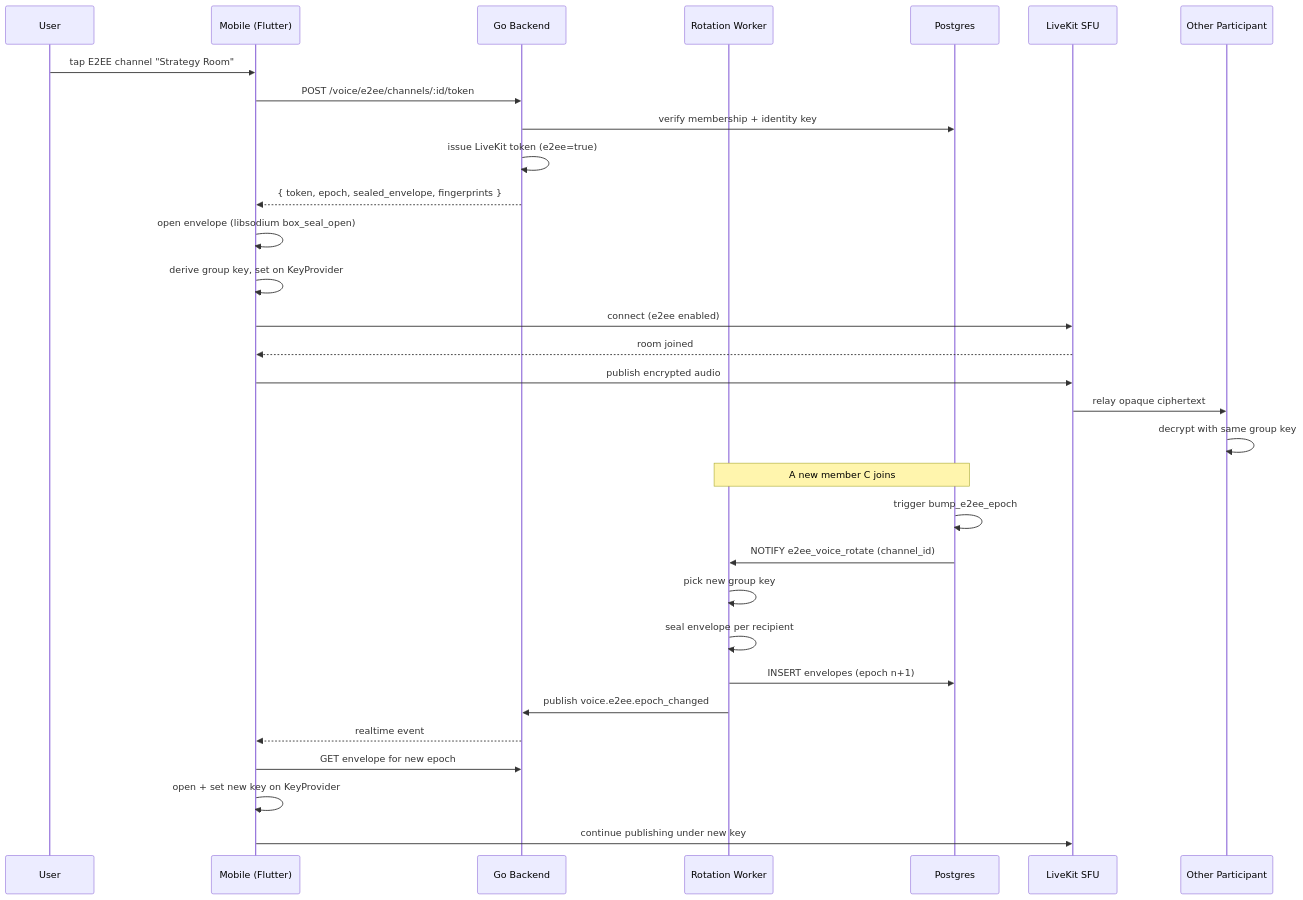
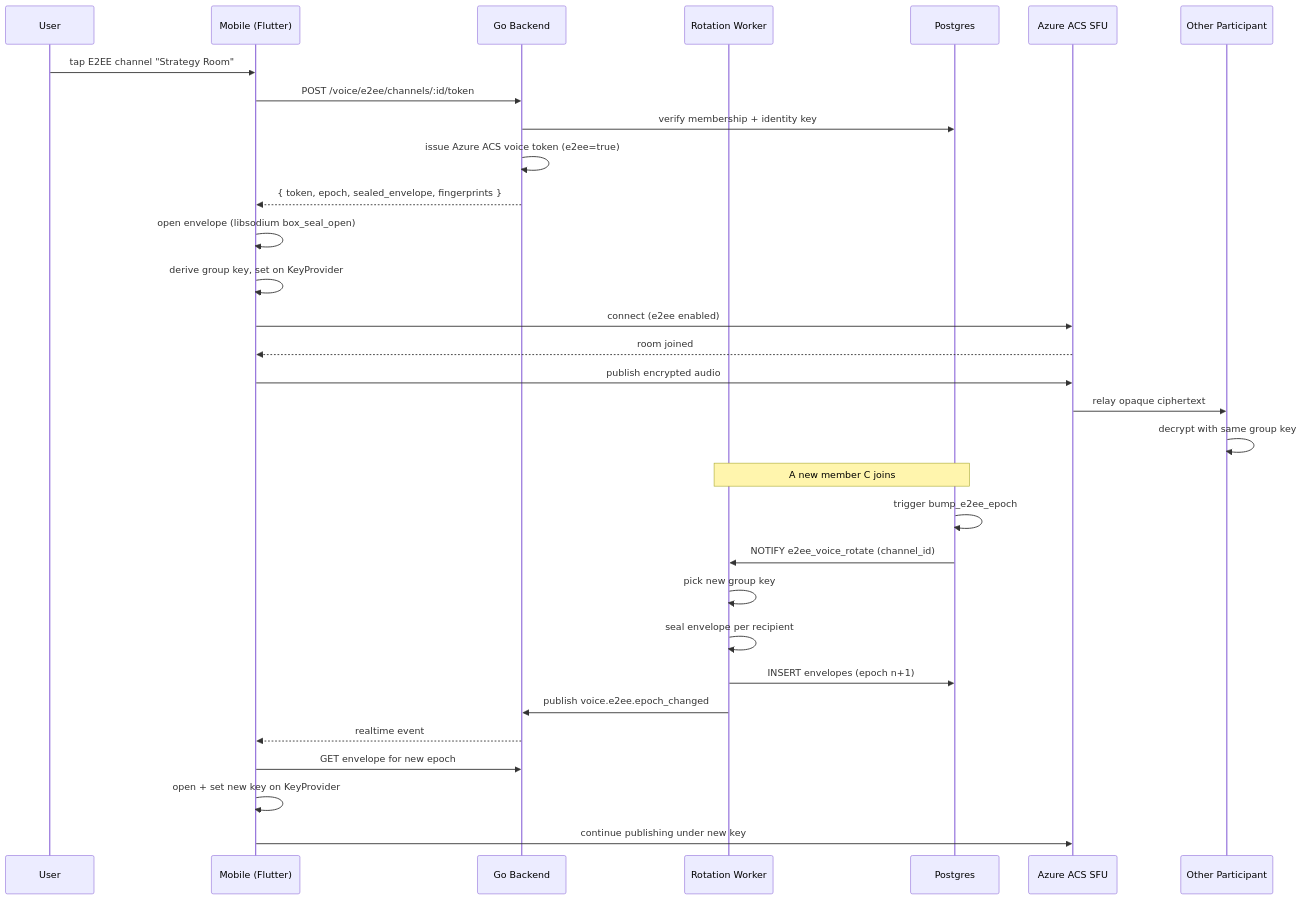
One commit to Santosh-Prasad-Verma/Flicko changed the diagram in missing-features/10-privacy-security/encrypted-voice/APPFLOW.md. Above: the diagram before and after it, drawn with Mermaid. The commit also changed other lines of this file and 225 other files, not shown here.

Commit message:
feat: eliminate legacy LiveKit references, align with Azure ACS VoIP stack, and prune docs (#84)

````diff
--- a/missing-features/10-privacy-security/encrypted-voice/APPFLOW.md
+++ b/missing-features/10-privacy-security/encrypted-voice/APPFLOW.md
@@ -5,36 +5,36 @@
 ```mermaid
 sequenceDiagram
     participant U as User
     participant M as Mobile (Flutter)
     participant API as Go Backend
     participant W as Rotation Worker
     participant DB as Postgres
-    participant SFU as LiveKit SFU
+    participant SFU as Azure ACS SFU
     participant P as Other Participant
 
     U->>M: tap E2EE channel "Strategy Room"
     M->>API: POST /voice/e2ee/channels/:id/token
     API->>DB: verify membership + identity key
-    API->>API: issue LiveKit token (e2ee=true)
+    API->>API: issue Azure ACS voice token (e2ee=true)
     API-->>M: { token, epoch, sealed_envelope, fingerprints }
     M->>M: open envelope (libsodium box_seal_open)
     M->>M: derive group key, set on KeyProvider
     M->>SFU: connect (e2ee enabled)
     SFU-->>M: room joined
     M->>SFU: publish encrypted audio
     SFU->>P: relay opaque ciphertext
     P->>P: decrypt with same group key
 
     Note over DB,W: A new member C joins
 
     DB->>DB: trigger bump_e2ee_epoch
     DB->>W: NOTIFY e2ee_voice_rotate (channel_id)
     W->>W: pick new group key
     W->>W: seal envelope per recipient
     W->>DB: INSERT envelopes (epoch n+1)
     W->>API: publish voice.e2ee.epoch_changed
     API-->>M: realtime event
     M->>API: GET envelope for new epoch
     M->>M: open + set new key on KeyProvider
     M->>SFU: continue publishing under new key
 ```
````
